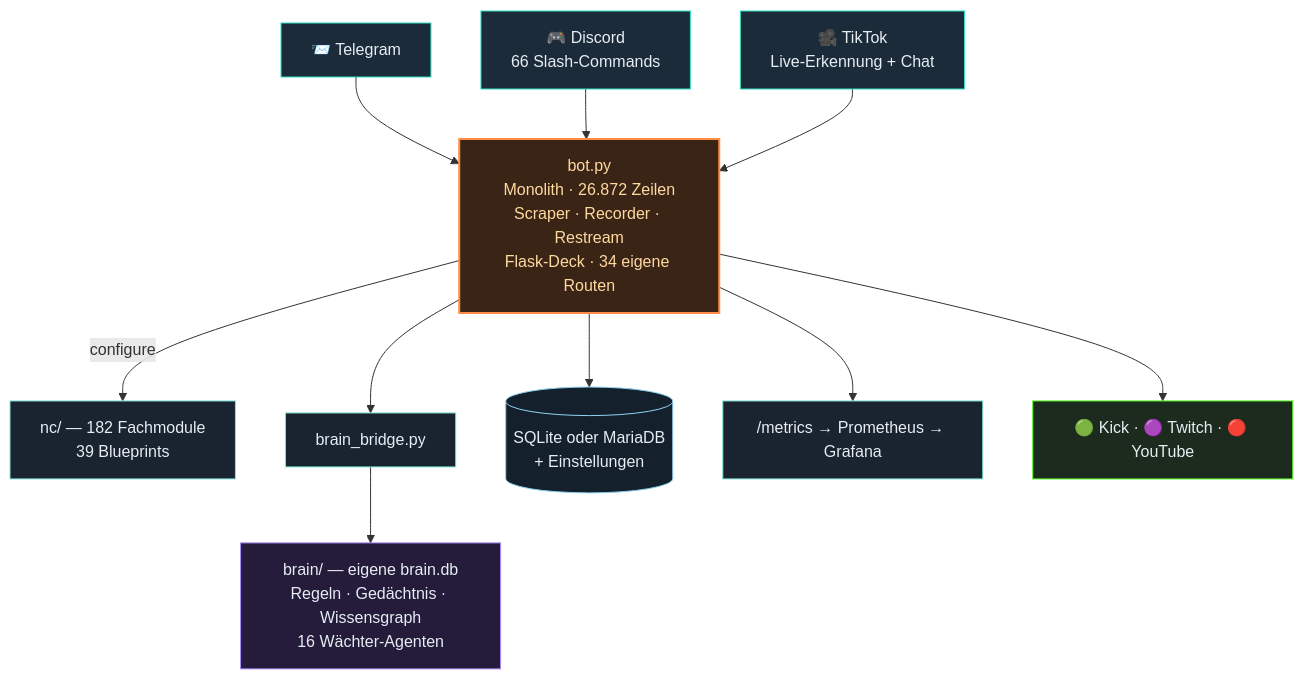
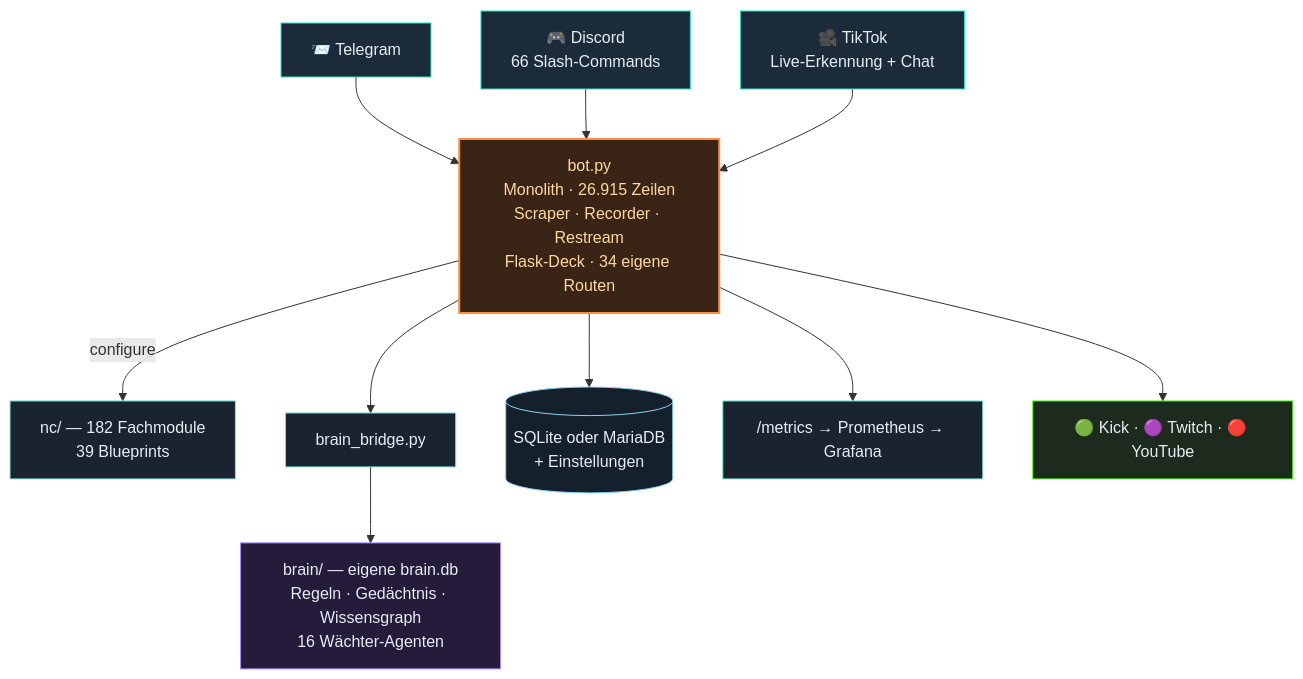
Before and after one commit to itsamemedev/Telegram-Stream-Info-Bot: the second of 3 diagrams in README.md, drawn with Mermaid. The commit also changed other lines of this file and 14 other files, not shown here.

````diff
--- a/README.md
+++ b/README.md
@@ -118,19 +118,19 @@
 ```mermaid
 flowchart TB
     TG["📨 Telegram"]:::ein --> BOT
     DC["🎮 Discord<br/>66 Slash-Commands"]:::ein --> BOT
     TT["🎥 TikTok<br/>Live-Erkennung + Chat"]:::ein --> BOT
-    BOT["bot.py<br/>Monolith · 26.872 Zeilen<br/>Scraper · Recorder · Restream<br/>Flask-Deck · 34 eigene Routen"]:::core
+    BOT["bot.py<br/>Monolith · 26.915 Zeilen<br/>Scraper · Recorder · Restream<br/>Flask-Deck · 34 eigene Routen"]:::core
     BOT -->|configure| NC["nc/ — 182 Fachmodule<br/>39 Blueprints"]:::lib
     BOT --> BR["brain_bridge.py"]:::lib
     BR --> BRAIN["brain/ — eigene brain.db<br/>Regeln · Gedächtnis · Wissensgraph<br/>16 Wächter-Agenten"]:::brain
     BOT --> DB[("SQLite oder MariaDB<br/>+ Einstellungen")]:::db
     BOT --> PROM["/metrics → Prometheus → Grafana"]:::lib
     BOT --> OUT["🟢 Kick · 🟣 Twitch · 🔴 YouTube"]:::out
     classDef ein fill:#1c2b3a,stroke:#2de1c2,color:#e6edf3
     classDef core fill:#3a2415,stroke:#ff8c42,stroke-width:2px,color:#ffd9a0
     classDef lib fill:#1a2430,stroke:#7fe7d4,color:#e6edf3
     classDef brain fill:#241c3a,stroke:#a78bfa,color:#e6edf3
     classDef db fill:#14202c,stroke:#8fd3f4,color:#e6edf3
     classDef out fill:#1c2b1e,stroke:#53fc18,color:#e6edf3
 ```
````
